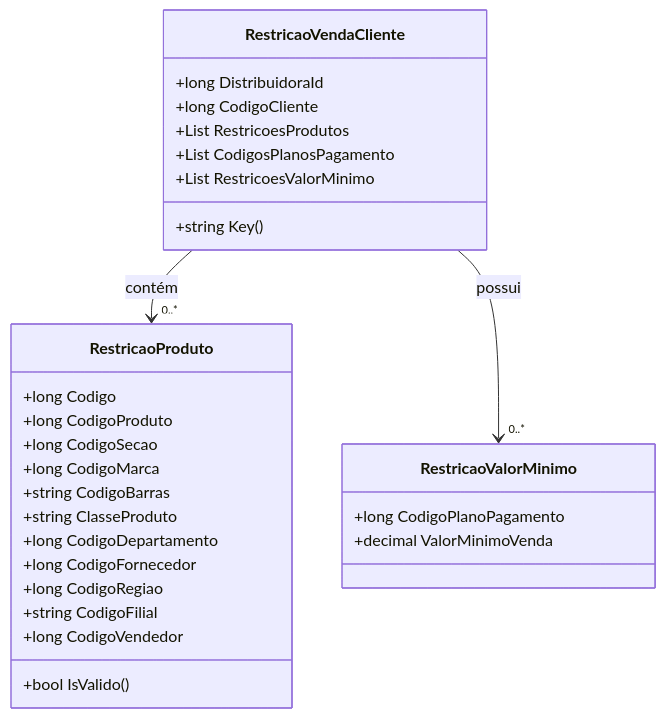
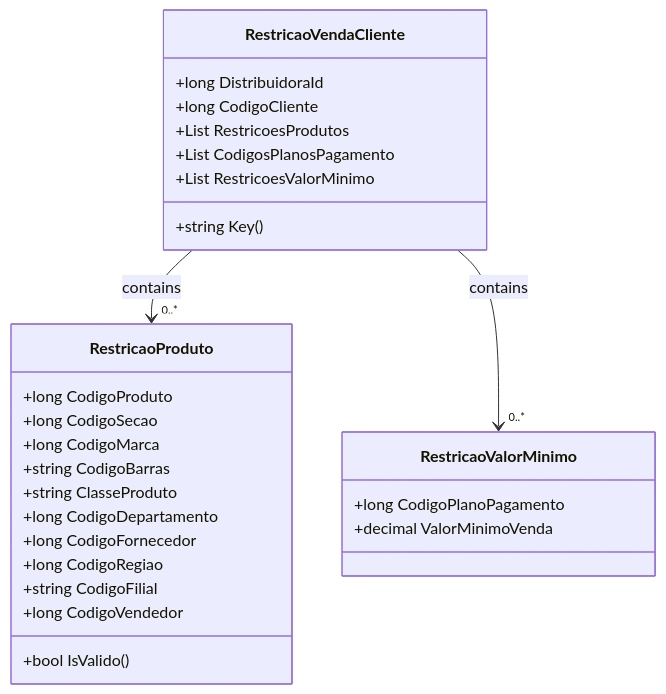
The diagram in docs/b2b-dominio/IsthmusWinthor.Nucleo/IsthmusWinthor.Dominio/POCO/RestricaoVendaCliente.md (IsthmusSistemas/documentacao-tecnica), drawn with Mermaid before and after one commit. The commit also changed other lines of this file and 882 other files, not shown here.

````diff
--- a/docs/b2b-dominio/IsthmusWinthor.Nucleo/IsthmusWinthor.Dominio/POCO/RestricaoVendaCliente.md
+++ b/docs/b2b-dominio/IsthmusWinthor.Nucleo/IsthmusWinthor.Dominio/POCO/RestricaoVendaCliente.md
@@ -37,34 +30,33 @@
 ```mermaid
 classDiagram
     class RestricaoVendaCliente {
         +long DistribuidoraId
         +long CodigoCliente
         +List<RestricaoProduto> RestricoesProdutos
         +List<long> CodigosPlanosPagamento
         +List<RestricaoValorMinimo> RestricoesValorMinimo
         +string Key()
     }
-    
+
     class RestricaoProduto {
-        +long Codigo
         +long CodigoProduto
         +long CodigoSecao
         +long CodigoMarca
         +string CodigoBarras
         +string ClasseProduto
         +long CodigoDepartamento
         +long CodigoFornecedor
         +long CodigoRegiao
         +string CodigoFilial
         +long CodigoVendedor
         +bool IsValido()
     }
-    
+
     class RestricaoValorMinimo {
         +long CodigoPlanoPagamento
         +decimal ValorMinimoVenda
     }
-    
-    RestricaoVendaCliente --> "0..*" RestricaoProduto : contém
-    RestricaoVendaCliente --> "0..*" RestricaoValorMinimo : possui
+
+    RestricaoVendaCliente --> "0..*" RestricaoProduto : contains
+    RestricaoVendaCliente --> "0..*" RestricaoValorMinimo : contains
 ```
````
